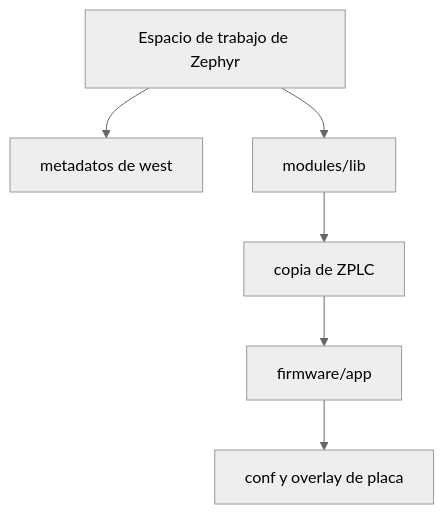
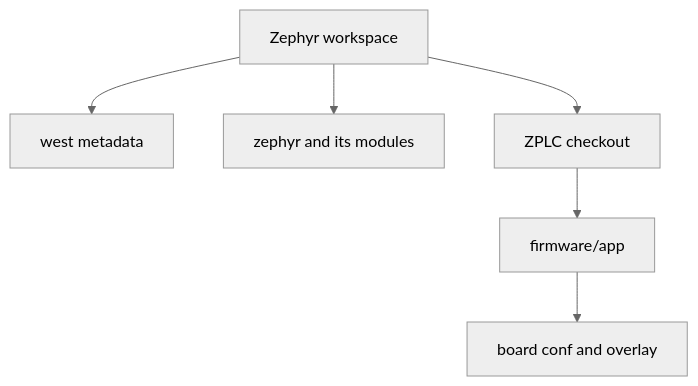
One commit to eduardojvieira/ZPLC changed the diagram in docs/i18n/es/docusaurus-plugin-content-docs/current/reference/zephyr-workspace-setup.md. Above: the diagram before and after it, drawn with Mermaid (neutral theme). The commit also changed other lines of this file and 29 other files, not shown here.

````diff
--- a/docs/i18n/es/docusaurus-plugin-content-docs/current/reference/zephyr-workspace-setup.md
+++ b/docs/i18n/es/docusaurus-plugin-content-docs/current/reference/zephyr-workspace-setup.md
@@ -31,9 +37,9 @@
 ```mermaid
 flowchart TD
-  ROOT[Espacio de trabajo de Zephyr]
-  ROOT --> WEST[metadatos de west]
-  ROOT --> MODULES[modules/lib]
-  MODULES --> ZPLC[copia de ZPLC]
+  ROOT[Zephyr workspace]
+  ROOT --> WEST[west metadata]
+  ROOT --> ZEPHYR[zephyr and its modules]
+  ROOT --> ZPLC[ZPLC checkout]
   ZPLC --> APP[firmware/app]
-  APP --> BOARDS[conf y overlay de placa]
+  APP --> BOARDS[board conf and overlay]
 ```
````
